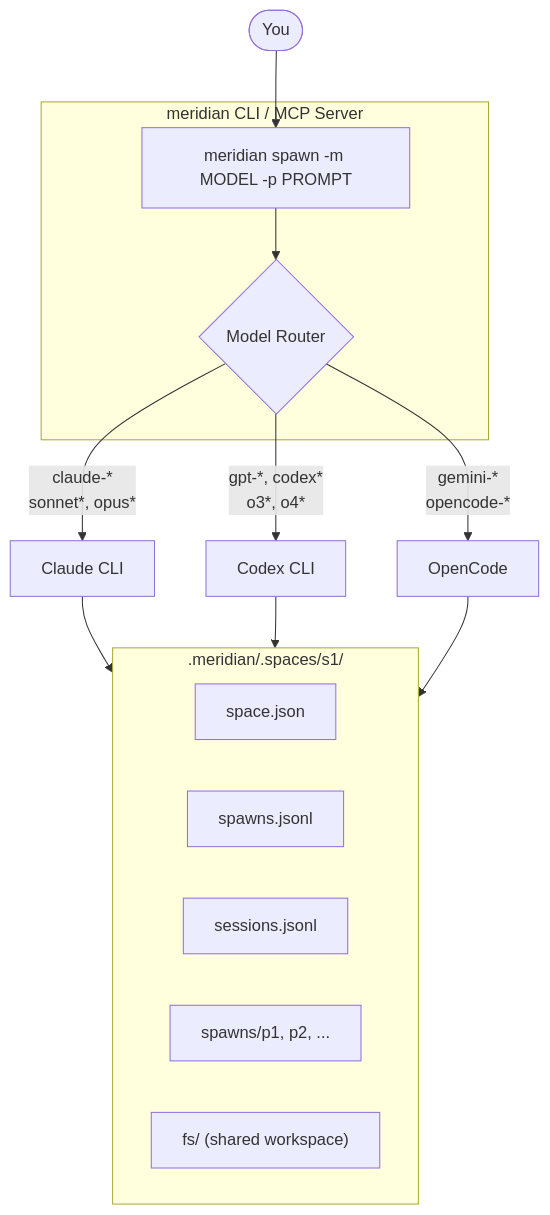
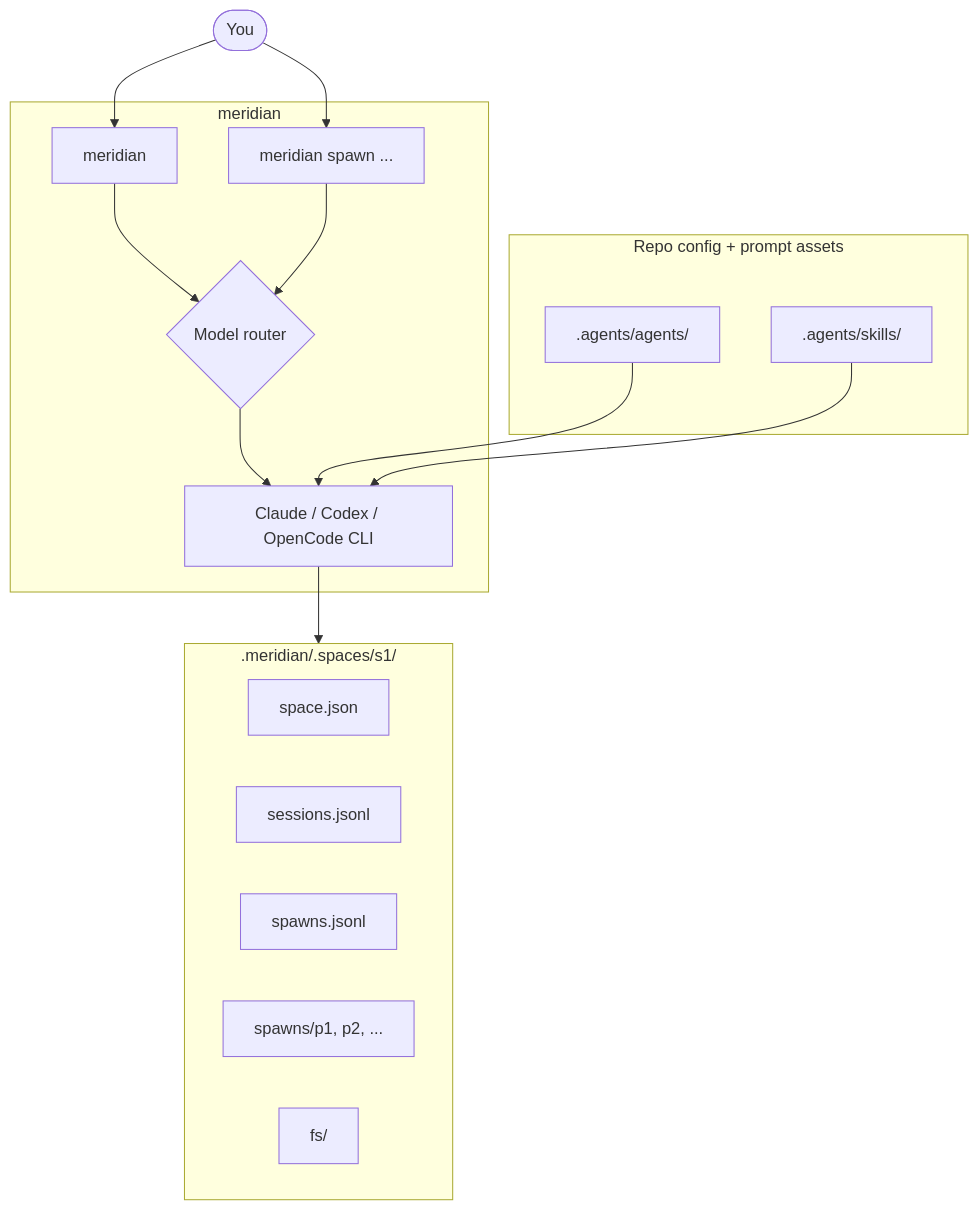
Before and after one commit to meridian-flow/meridian-cli: the diagram in README.md, drawn with Mermaid. The commit also changed other lines of this file and 1 other file, not shown here.

````diff
--- a/README.md
+++ b/README.md
@@ -27,30 +46,29 @@
 ```mermaid
 graph TB
     User([You])
-    User --> CLI
+    User --> Primary["meridian"]
+    User --> SpawnCLI["meridian spawn ..."]
 
-    subgraph Meridian["meridian CLI / MCP Server"]
-        CLI["meridian spawn -m MODEL -p PROMPT"]
-        Router{"Model Router"}
-        CLI --> Router
+    subgraph Meridian["meridian"]
+        Primary --> Router{"Model router"}
+        SpawnCLI --> Router
+        Router --> Harness["Claude / Codex / OpenCode CLI"]
     end
-
-    Router -->|"claude-*
-sonnet*, opus*"| Claude["Claude CLI"]
-    Router -->|"gpt-*, codex*
-o3*, o4*"| Codex["Codex CLI"]
-    Router -->|"gemini-*
-opencode-*"| OpenCode["OpenCode"]
-
-    Claude --> Space
-    Codex --> Space
-    OpenCode --> Space
 
     subgraph Space[".meridian/.spaces/s1/"]
         SpaceJson["space.json"]
+        Sessions["sessions.jsonl"]
         SpawnsJsonl["spawns.jsonl"]
-        SessionsJsonl["sessions.jsonl"]
         SpawnDirs["spawns/p1, p2, ..."]
-        Fs["fs/ (shared workspace)"]
+        Fs["fs/"]
     end
+
+    subgraph Repo["Repo config + prompt assets"]
+        Agents[".agents/agents/"]
+        Skills[".agents/skills/"]
+    end
+
+    Harness --> Space
+    Agents --> Harness
+    Skills --> Harness
 ```
````
